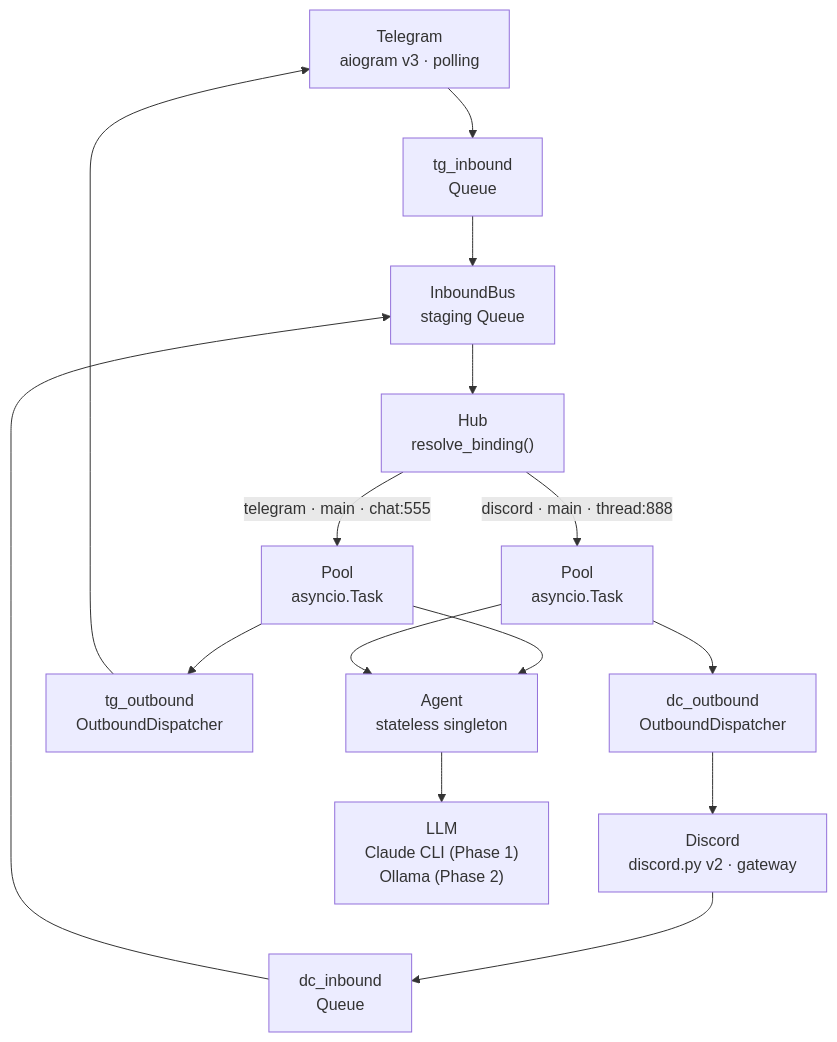
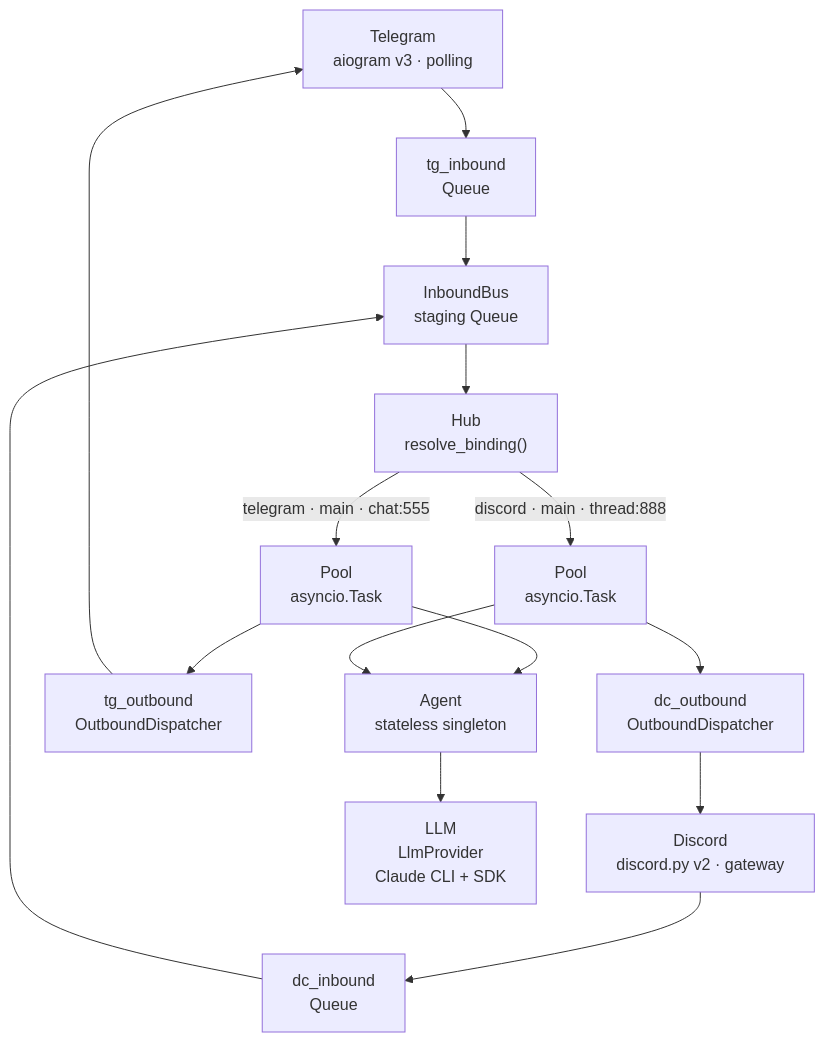
One commit to Roxabi/lyra changed the diagram in README.md. Above: the diagram before and after it, drawn with Mermaid. The commit also changed other lines of this file and 6 other files, not shown here.

````diff
--- a/README.md
+++ b/README.md
@@ -29,17 +29,17 @@
 ```mermaid
 flowchart TD
-    TG["Telegram\naiogram v3 · polling"] --> TQ["tg_inbound\nQueue"]
-    DC["Discord\ndiscord.py v2 · gateway"] --> DQ["dc_inbound\nQueue"]
-    TQ --> STG["InboundBus\nstaging Queue"]
+    TG["Telegram<br/>aiogram v3 · polling"] --> TQ["tg_inbound<br/>Queue"]
+    DC["Discord<br/>discord.py v2 · gateway"] --> DQ["dc_inbound<br/>Queue"]
+    TQ --> STG["InboundBus<br/>staging Queue"]
     DQ --> STG
-    STG --> HUB["Hub\nresolve_binding()"]
-    HUB -->|"telegram · main · chat:555"| P1["Pool\nasyncio.Task"]
-    HUB -->|"discord · main · thread:888"| P2["Pool\nasyncio.Task"]
-    P1 --> AGENT["Agent\nstateless singleton"]
+    STG --> HUB["Hub<br/>resolve_binding()"]
+    HUB -->|"telegram · main · chat:555"| P1["Pool<br/>asyncio.Task"]
+    HUB -->|"discord · main · thread:888"| P2["Pool<br/>asyncio.Task"]
+    P1 --> AGENT["Agent<br/>stateless singleton"]
     P2 --> AGENT
-    AGENT --> LLM["LLM\nClaude CLI (Phase 1)\nOllama (Phase 2)"]
-    P1 --> TGO["tg_outbound\nOutboundDispatcher"]
-    P2 --> DCO["dc_outbound\nOutboundDispatcher"]
+    AGENT --> LLM["LLM<br/>LlmProvider<br/>Claude CLI + SDK"]
+    P1 --> TGO["tg_outbound<br/>OutboundDispatcher"]
+    P2 --> DCO["dc_outbound<br/>OutboundDispatcher"]
     TGO --> TG
     DCO --> DC
 ```
````
